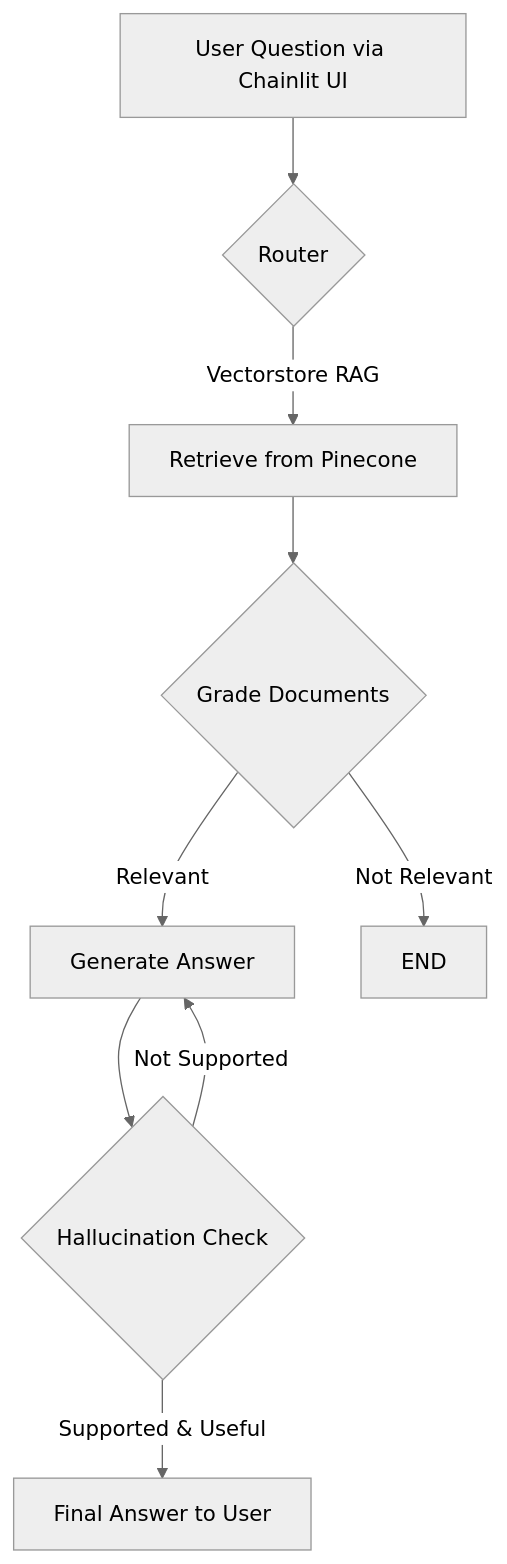
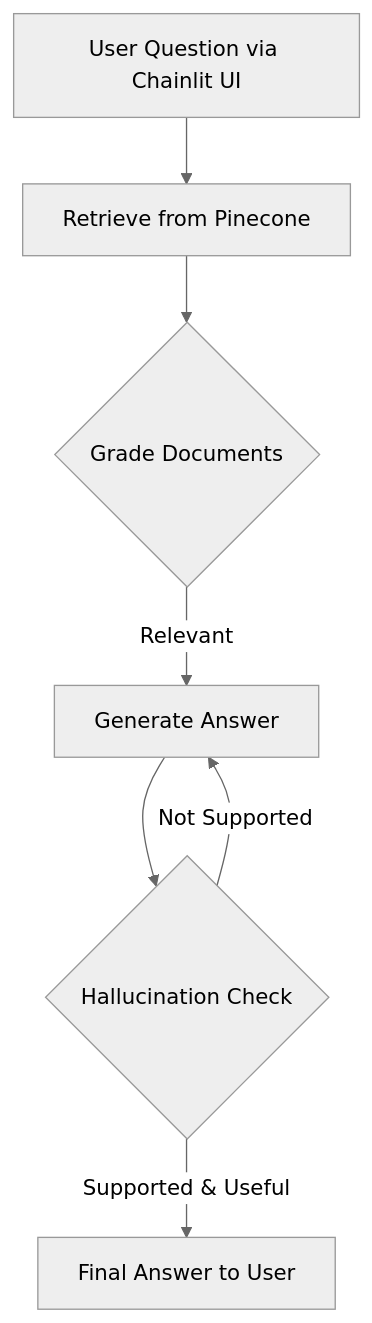
One commit to mauriciommendoza/langgraph-rag-about-myself changed the diagram in README.md. Above: the diagram before and after it, drawn with Mermaid (neutral theme). The commit also changed other lines of this file and 9 other files, not shown here.

````diff
--- a/README.md
+++ b/README.md
@@ -21,11 +21,9 @@
 ```mermaid
 graph TD
-    A[User Question via Chainlit UI] --> B{Router}
-    B -->|Vectorstore RAG| C[Retrieve from Pinecone]
-    C --> E{Grade Documents}
-    E -->|Relevant| F[Generate Answer]
-    E -->|Not Relevant| END
-    F --> G{Hallucination Check}
-    G -->|Supported & Useful| H[Final Answer to User]
-    G -->|Not Supported| F
+    A[User Question via Chainlit UI] --> B[Retrieve from Pinecone]
+    B --> C{Grade Documents}
+    C -->|Relevant| D[Generate Answer]
+    D --> E{Hallucination Check}
+    E -->|Supported & Useful| F[Final Answer to User]
+    E -->|Not Supported| D
 ```
````
